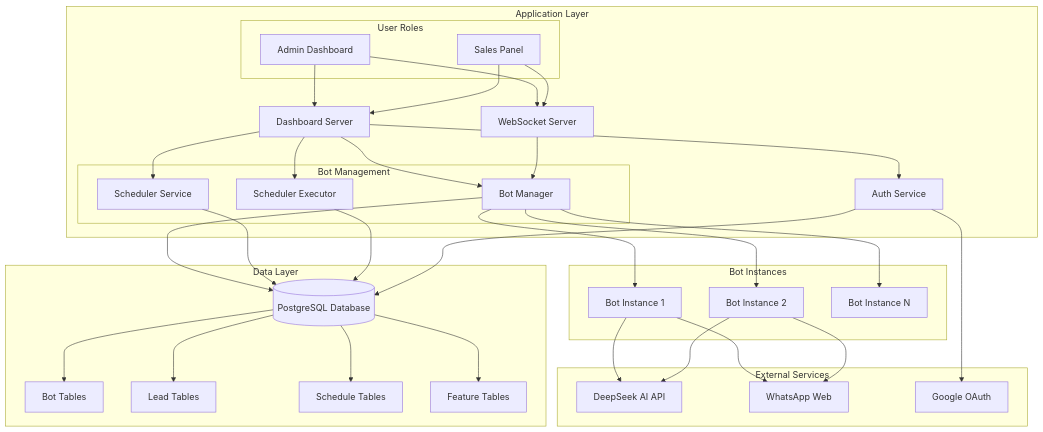
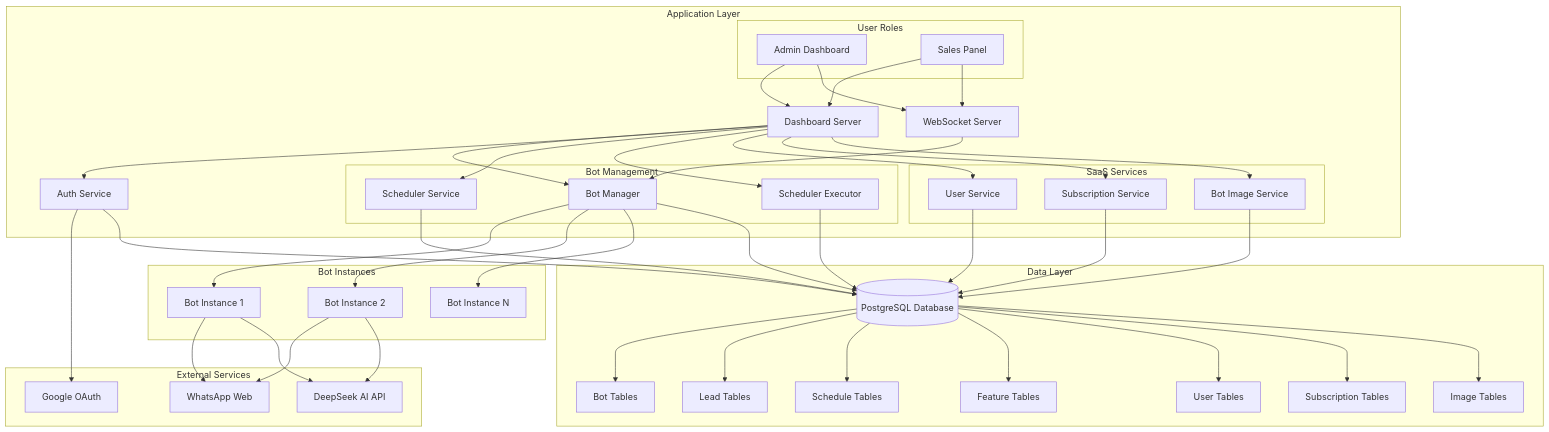
One commit to da4vid864/botinteligente changed the first of 6 diagrams in technical_architecture.md. Above: the diagram before and after it, drawn with Mermaid. The commit also changed other lines of this file and 2 other files, not shown here.

````diff
--- a/technical_architecture.md
+++ b/technical_architecture.md
@@ -57,6 +59,12 @@
             SCHEDEXEC[Scheduler Executor]
         end
         
+        subgraph "SaaS Services"
+            USER[User Service]
+            SUB[Subscription Service]
+            IMG[Bot Image Service]
+        end
+        
         subgraph "User Roles"
             ADMIN[Admin Dashboard]
             VENDOR[Sales Panel]
@@ -69,6 +77,9 @@
         LEADDB[Lead Tables]
         SCHEDDB[Schedule Tables]
         FEATDB[Feature Tables]
+        USERDB[User Tables]
+        SUBDB[Subscription Tables]
+        IMGDB[Image Tables]
     end
 
     subgraph "Bot Instances"
@@ -85,6 +96,9 @@
     DASH --> AUTH
     DASH --> SCHED
     DASH --> SCHEDEXEC
+    DASH --> USER
+    DASH --> SUB
+    DASH --> IMG
     WS --> BM
     BM --> BOT1
     BM --> BOT2
@@ -98,9 +112,15 @@
     SCHED --> DB
     SCHEDEXEC --> DB
     AUTH --> DB
+    USER --> DB
+    SUB --> DB
+    IMG --> DB
     
     DB --> BOTDB
     DB --> LEADDB
     DB --> SCHEDDB
     DB --> FEATDB
+    DB --> USERDB
+    DB --> SUBDB
+    DB --> IMGDB
 ```
````
